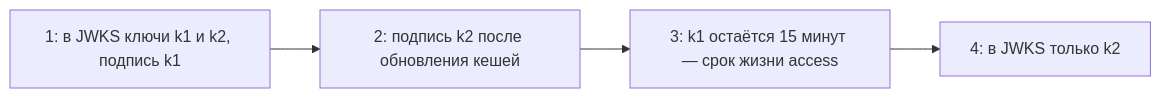
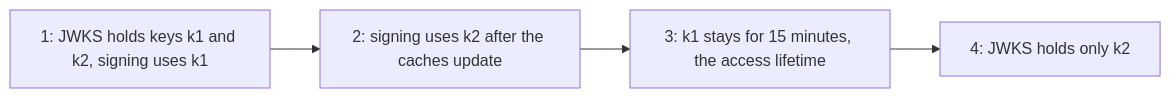
The third of 3 diagrams in courses-content/backend/B/1/en/0.5 API Gateway и безопасность.md (pavel-skripko-innowise/inno-fe-be-a1), drawn with Mermaid before and after one commit. The commit also changed other lines of this file and 35 other files, not shown here.

````diff
--- a/courses-content/backend/B/1/en/0.5 API Gateway и безопасность.md
+++ b/courses-content/backend/B/1/en/0.5 API Gateway и безопасность.md
@@ -127,6 +127,6 @@
 ```mermaid
 flowchart LR
-  Publish["1: в JWKS ключи k1 и k2, подпись k1"] --> Switch["2: подпись k2 после обновления кешей"]
-  Switch --> Wait["3: k1 остаётся 15 минут — срок жизни access"]
-  Wait --> Remove["4: в JWKS только k2"]
+  Publish["1: JWKS holds keys k1 and k2, signing uses k1"] --> Switch["2: signing uses k2 after the caches update"]
+  Switch --> Wait["3: k1 stays for 15 minutes, the access lifetime"]
+  Wait --> Remove["4: JWKS holds only k2"]
 ```
````
